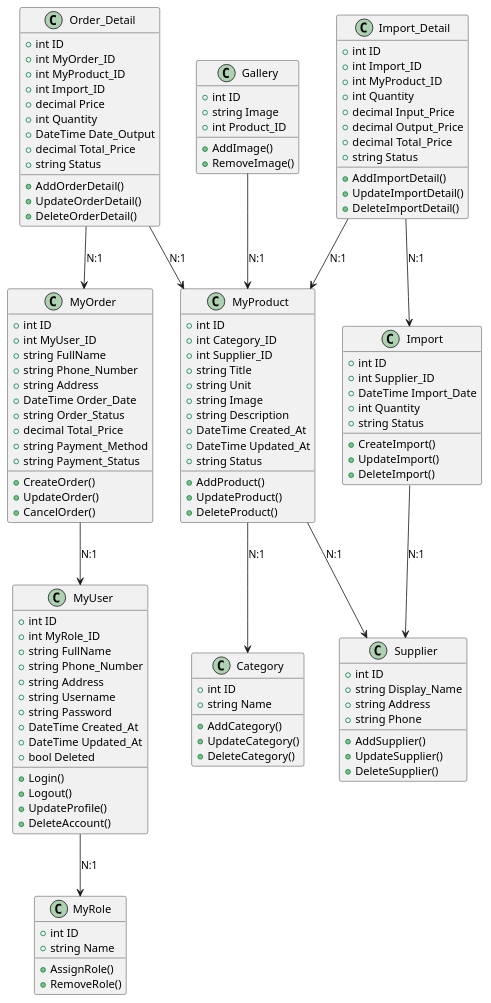
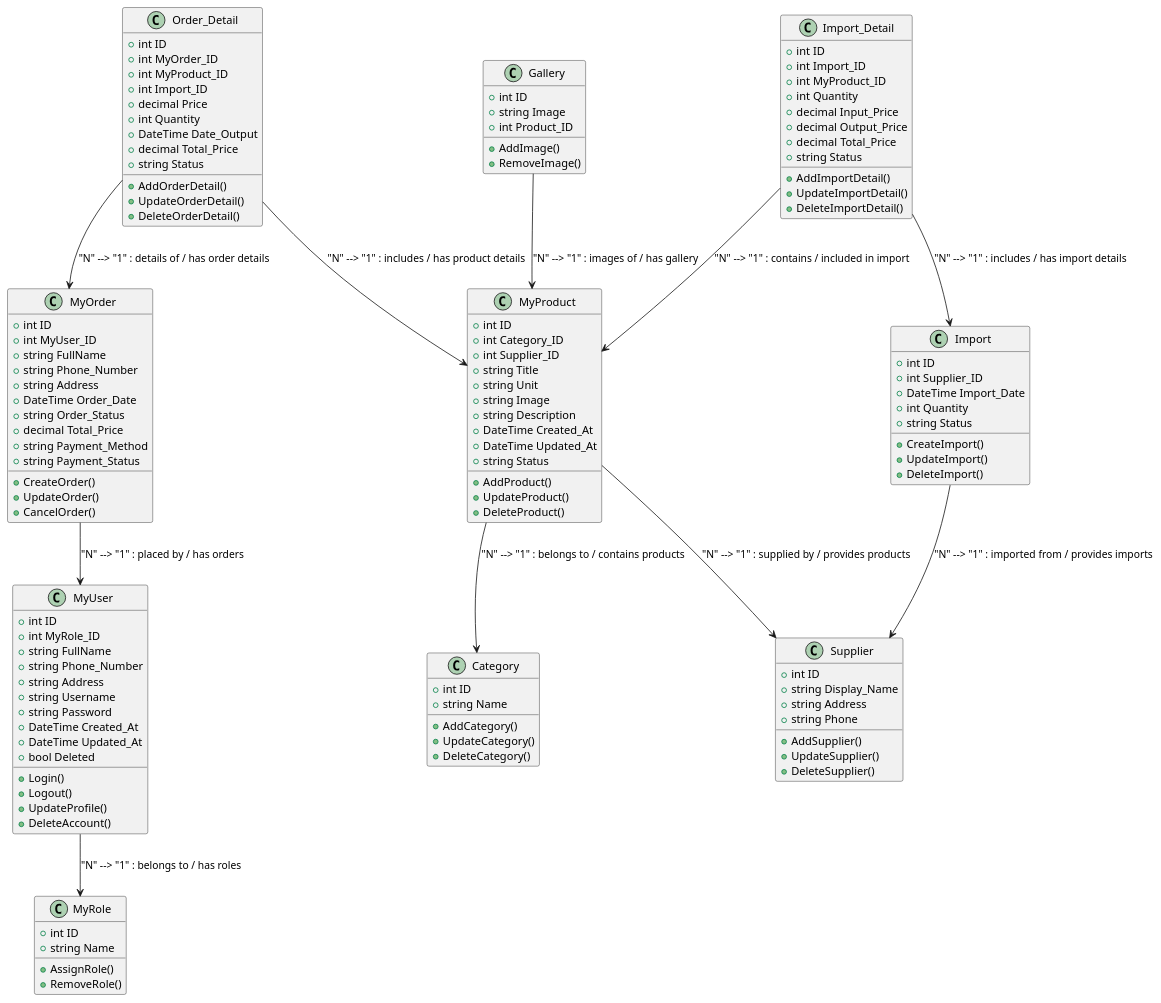
One commit to ThanhdatOris/LAB2211 changed the first of 2 diagrams in assets/plantuml/OrisClass.puml. Above: the diagram before and after it, drawn with PlantUML. The commit also changed other lines of this file and 1 other file, not shown here.

```diff
--- a/assets/plantuml/OrisClass.puml
+++ b/assets/plantuml/OrisClass.puml
@@ -1,134 +1,135 @@
 @startuml
 class MyUser {
   +int ID
   +int MyRole_ID
   +string FullName
   +string Phone_Number
   +string Address
   +string Username
   +string Password
   +DateTime Created_At
   +DateTime Updated_At
   +bool Deleted
   +Login()
   +Logout()
   +UpdateProfile()
   +DeleteAccount()
 }
 
 class MyRole {
   +int ID
   +string Name
   +AssignRole()
   +RemoveRole()
 }
 
 class Supplier {
   +int ID
   +string Display_Name
   +string Address
   +string Phone
   +AddSupplier()
   +UpdateSupplier()
   +DeleteSupplier()
 }
 
 class MyProduct {
   +int ID
   +int Category_ID
   +int Supplier_ID
   +string Title
   +string Unit
   +string Image
   +string Description
   +DateTime Created_At
   +DateTime Updated_At
   +string Status
   +AddProduct()
   +UpdateProduct()
   +DeleteProduct()
 }
 
 class Category {
   +int ID
   +string Name
   +AddCategory()
   +UpdateCategory()
   +DeleteCategory()
 }
 
 class Gallery {
   +int ID
   +string Image
   +int Product_ID
   +AddImage()
   +RemoveImage()
 }
 
 class Import {
   +int ID
   +int Supplier_ID
   +DateTime Import_Date
   +int Quantity
   +string Status
   +CreateImport()
   +UpdateImport()
   +DeleteImport()
 }
 
 class Import_Detail {
   +int ID
   +int Import_ID
   +int MyProduct_ID
   +int Quantity
   +decimal Input_Price
   +decimal Output_Price
   +decimal Total_Price
   +string Status
   +AddImportDetail()
   +UpdateImportDetail()
   +DeleteImportDetail()
 }
 
 class MyOrder {
   +int ID
   +int MyUser_ID
   +string FullName
   +string Phone_Number
   +string Address
   +DateTime Order_Date
   +string Order_Status
   +decimal Total_Price
   +string Payment_Method
   +string Payment_Status
   +CreateOrder()
   +UpdateOrder()
   +CancelOrder()
 }
 
 class Order_Detail {
   +int ID
   +int MyOrder_ID
   +int MyProduct_ID
   +int Import_ID
   +decimal Price
   +int Quantity
   +DateTime Date_Output
   +decimal Total_Price
   +string Status
   +AddOrderDetail()
   +UpdateOrderDetail()
   +DeleteOrderDetail()
 }
 
-MyUser --> MyRole : N:1
-MyProduct --> Category : N:1
-MyProduct --> Supplier : N:1
-MyOrder --> MyUser : N:1
-Order_Detail --> MyOrder : N:1
-Order_Detail --> MyProduct : N:1
-Import --> Supplier : N:1
-Import_Detail --> Import : N:1
-Import_Detail --> MyProduct : N:1
-Gallery --> MyProduct : N:1
+' Relationships with labels on both ends
+MyUser --> MyRole : "N" --> "1" : belongs to / has roles
+MyProduct --> Category : "N" --> "1" : belongs to / contains products
+MyProduct --> Supplier : "N" --> "1" : supplied by / provides products
+MyOrder --> MyUser : "N" --> "1" : placed by / has orders
+Order_Detail --> MyOrder : "N" --> "1" : details of / has order details
+Order_Detail --> MyProduct : "N" --> "1" : includes / has product details
+Import --> Supplier : "N" --> "1" : imported from / provides imports
+Import_Detail --> Import : "N" --> "1" : includes / has import details
+Import_Detail --> MyProduct : "N" --> "1" : contains / included in import
+Gallery --> MyProduct : "N" --> "1" : images of / has gallery
 @enduml
```
